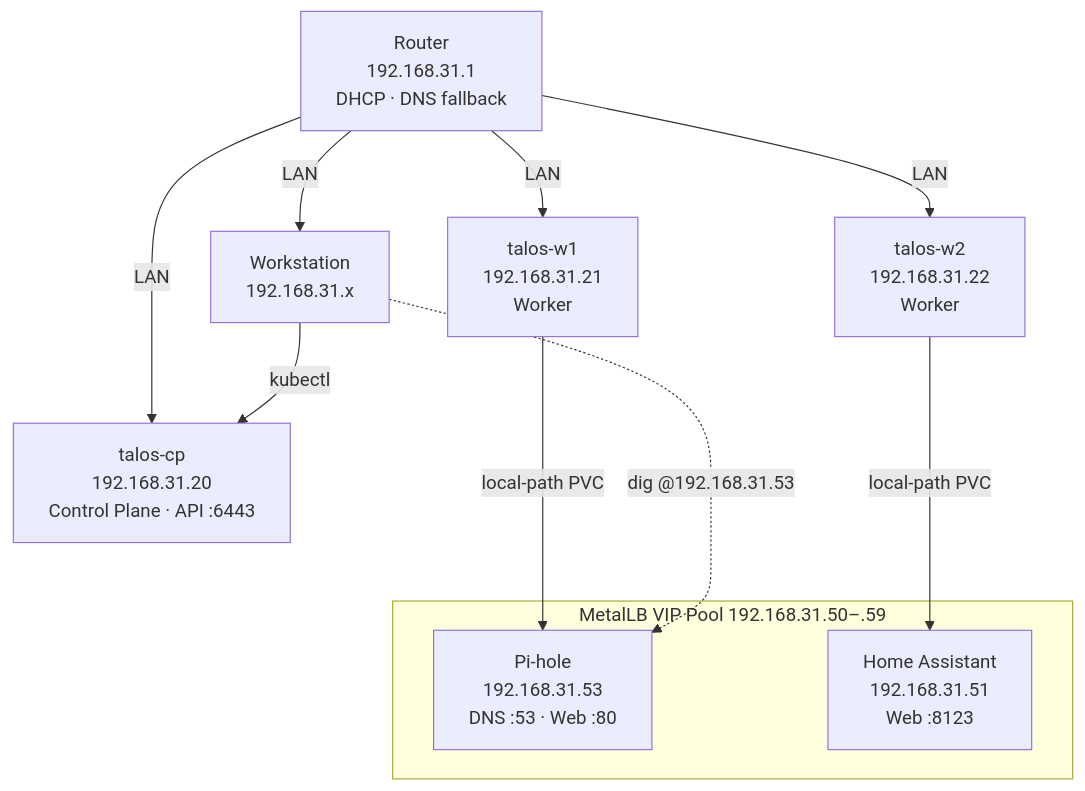
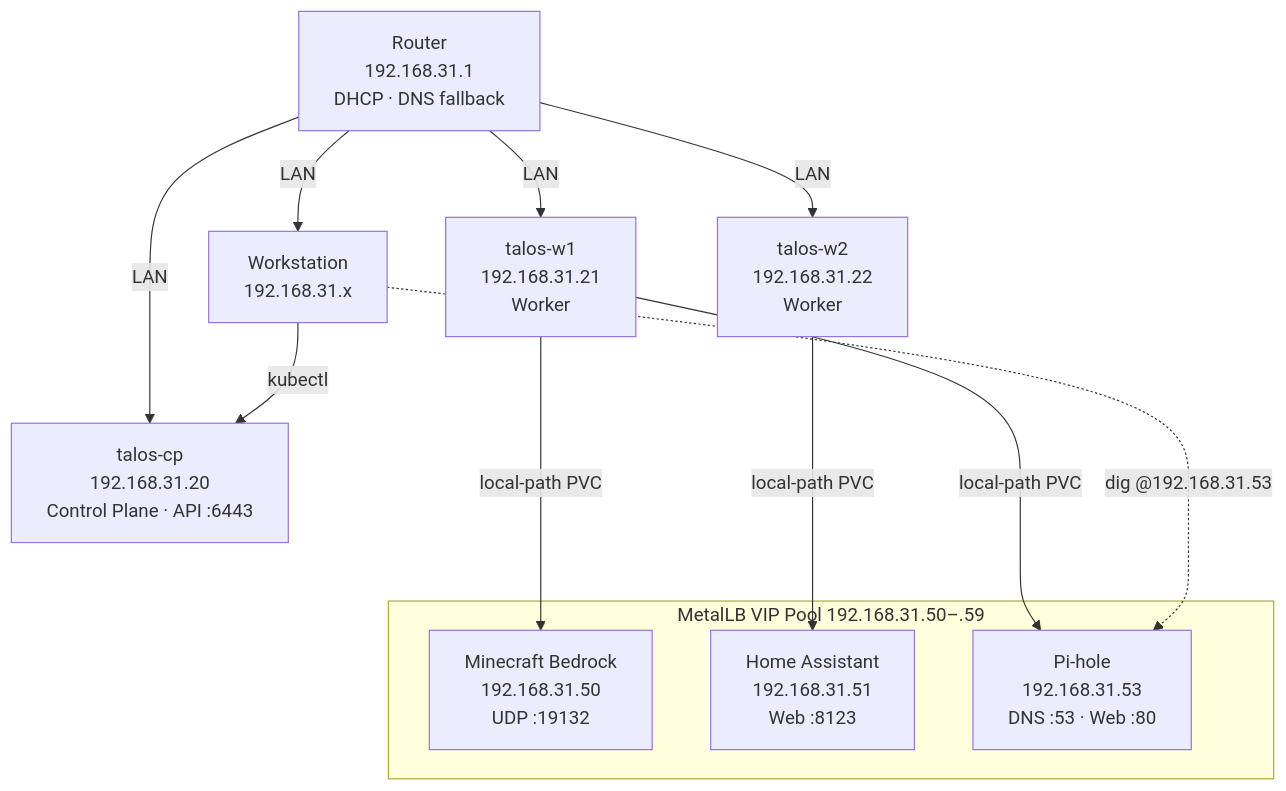
Before and after one commit to Hephest/talos-homelab: the first of 3 diagrams in README.md, drawn with Mermaid. The commit also changed other lines of this file and 5 other files, not shown here.

First line of the commit message:
feat(apps): add Minecraft Bedrock server

````diff
--- a/README.md
+++ b/README.md
@@ -22,19 +22,21 @@
 ```mermaid
 graph TD
     Router["Router<br/>192.168.31.1<br/>DHCP · DNS fallback"]
     Mac["Workstation<br/>192.168.31.x"]
     CP["talos-cp<br/>192.168.31.20<br/>Control Plane · API :6443"]
     W1["talos-w1<br/>192.168.31.21<br/>Worker"]
     W2["talos-w2<br/>192.168.31.22<br/>Worker"]
 
     subgraph VIPs["MetalLB VIP Pool  192.168.31.50–.59"]
+        Minecraft["Minecraft Bedrock<br/>192.168.31.50<br/>UDP :19132"]
+        HA["Home Assistant<br/>192.168.31.51<br/>Web :8123"]
         Pihole["Pi-hole<br/>192.168.31.53<br/>DNS :53 · Web :80"]
-        HA["Home Assistant<br/>192.168.31.51<br/>Web :8123"]
     end
 
     Router -->|LAN| CP & W1 & W2 & Mac
     W1 --->|local-path PVC| Pihole
+    W1 --->|local-path PVC| Minecraft
     W2 --->|local-path PVC| HA
     Mac -->|kubectl| CP
     Mac -.->|"dig @192.168.31.53"| Pihole
 ```
````
